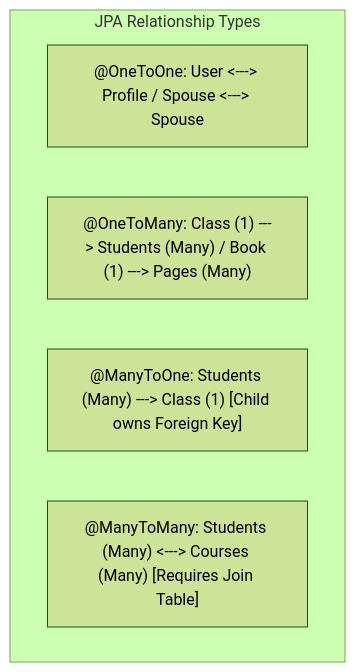
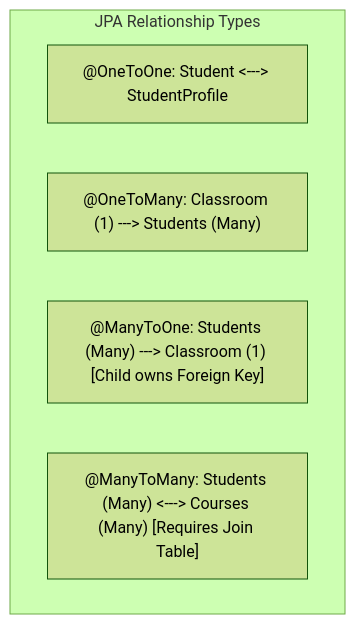
One commit to rohithgowda18/Notes changed the seventh of 13 diagrams in 06-Java-and-Spring-Boot/03-Data-Persistence-Spring-Data-JPA.md. Above: the diagram before and after it, drawn with Mermaid (forest theme). The commit also changed other lines of this file and 13 other files, not shown here.

Commit message:
docs: upgrade Spring Boot study guides to Spring Boot 3+, Spring 6, Security 6, Jakarta, and add architecture diagrams

````diff
--- a/06-Java-and-Spring-Boot/03-Data-Persistence-Spring-Data-JPA.md
+++ b/06-Java-and-Spring-Boot/03-Data-Persistence-Spring-Data-JPA.md
@@ -436,9 +384,9 @@
 ```mermaid
 flowchart TD
     subgraph Relationships ["JPA Relationship Types"]
-        O2O["@OneToOne: User <---> Profile / Spouse <---> Spouse"]
-        O2M["@OneToMany: Class (1) ---> Students (Many) / Book (1) ---> Pages (Many)"]
-        M2O["@ManyToOne: Students (Many) ---> Class (1) [Child owns Foreign Key]"]
+        O2O["@OneToOne: Student <---> StudentProfile"]
+        O2M["@OneToMany: Classroom (1) ---> Students (Many)"]
+        M2O["@ManyToOne: Students (Many) ---> Classroom (1) [Child owns Foreign Key]"]
         M2M["@ManyToMany: Students (Many) <---> Courses (Many) [Requires Join Table]"]
     end
 ```
````
